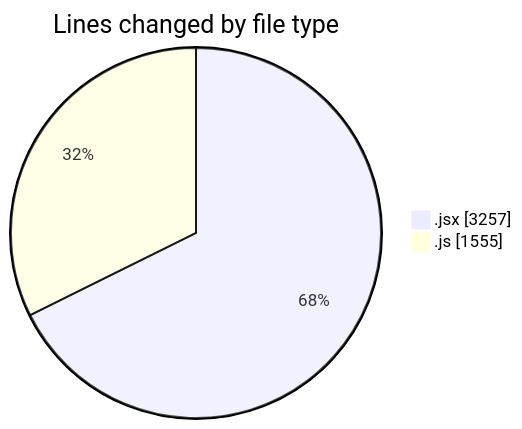
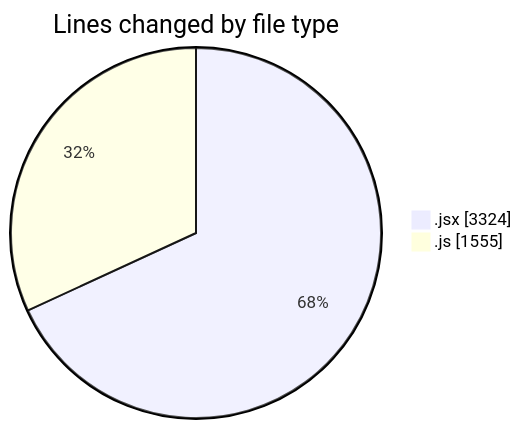
The first of 2 diagrams in 2025-07-11/argos/README.md (nxtqubesakshisongat/code-tracking), drawn with Mermaid before and after one commit. The commit also changed other lines of this file and 1 other file, not shown here.

````diff
--- a/2025-07-11/argos/README.md
+++ b/2025-07-11/argos/README.md
@@ -27,6 +27,6 @@
 ```mermaid
 pie showData
 title Lines changed by file type
-".jsx" : 3257
+".jsx" : 3324
 ".js" : 1555
 ```
````
